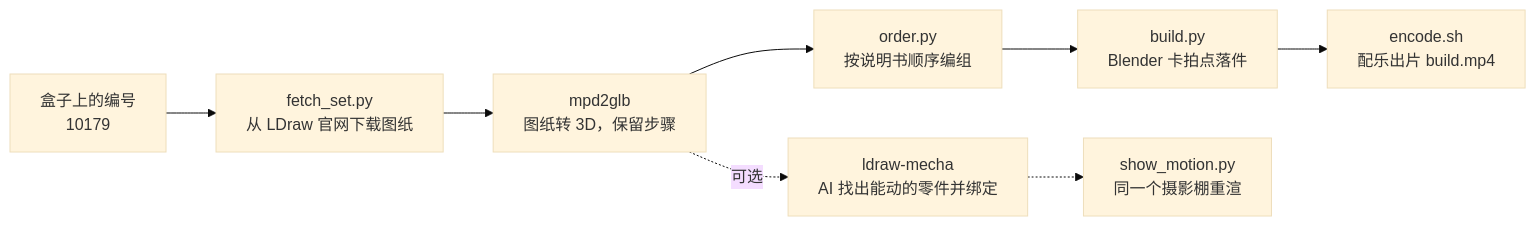
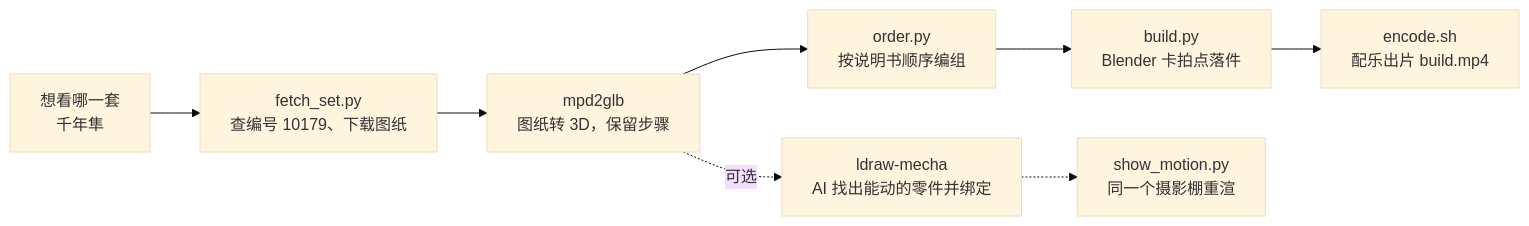
Before and after one commit to OceanJy333/lego-build-video: the diagram in README.md, drawn with Mermaid (base theme). The commit also changed other lines of this file and 2 other files, not shown here.

Commit message:
Find a set by name: fetch_set.py searches the LDraw OMR list; docs say just ask for the set

````diff
--- a/README.md
+++ b/README.md
@@ -28,10 +30,10 @@
 ```mermaid
 flowchart LR
-  A[盒子上的编号<br/>10179] --> B[fetch_set.py<br/>从 LDraw 官网下载图纸]
+  A[想看哪一套<br/>千年隼] --> B[fetch_set.py<br/>查编号 10179、下载图纸]
   B --> C[mpd2glb<br/>图纸转 3D，保留步骤]
   C --> D[order.py<br/>按说明书顺序编组]
   D --> E[build.py<br/>Blender 卡拍点落件]
   E --> F[encode.sh<br/>配乐出片 build.mp4]
   C -.可选.-> G[ldraw-mecha<br/>AI 找出能动的零件并绑定]
   G -.-> H[show_motion.py<br/>同一个摄影棚重渲]
 ```
````
